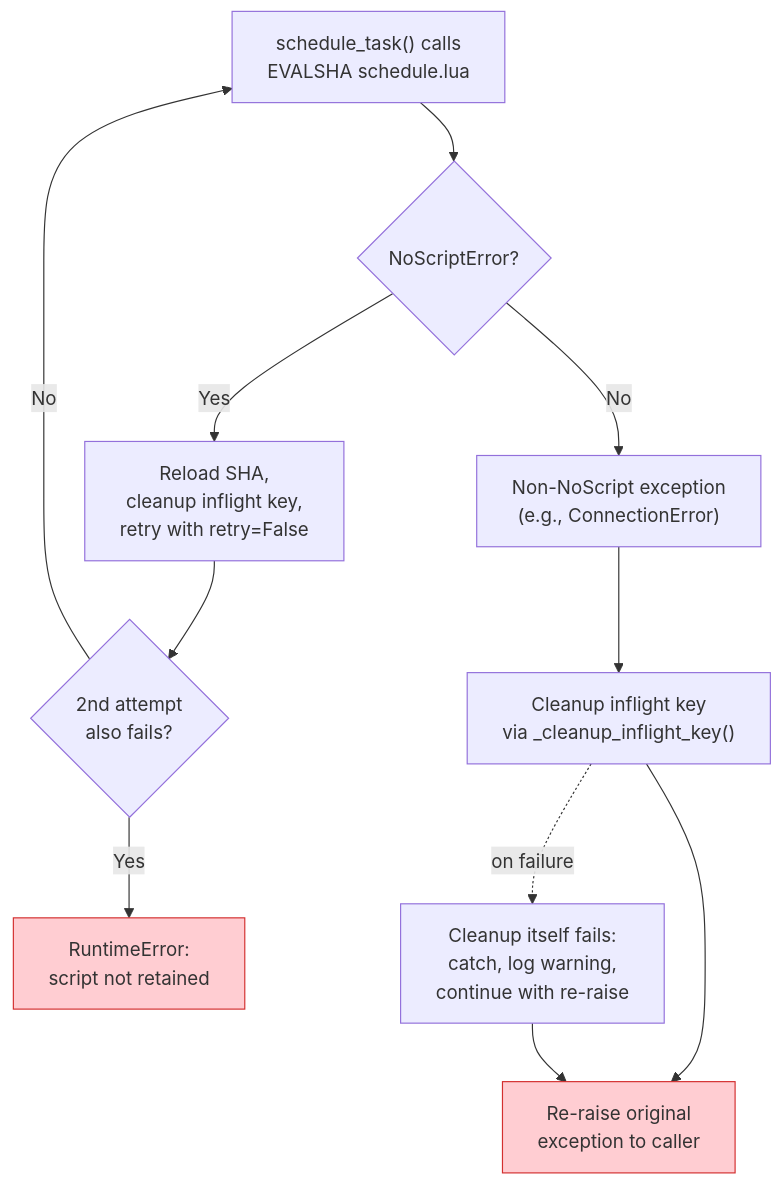
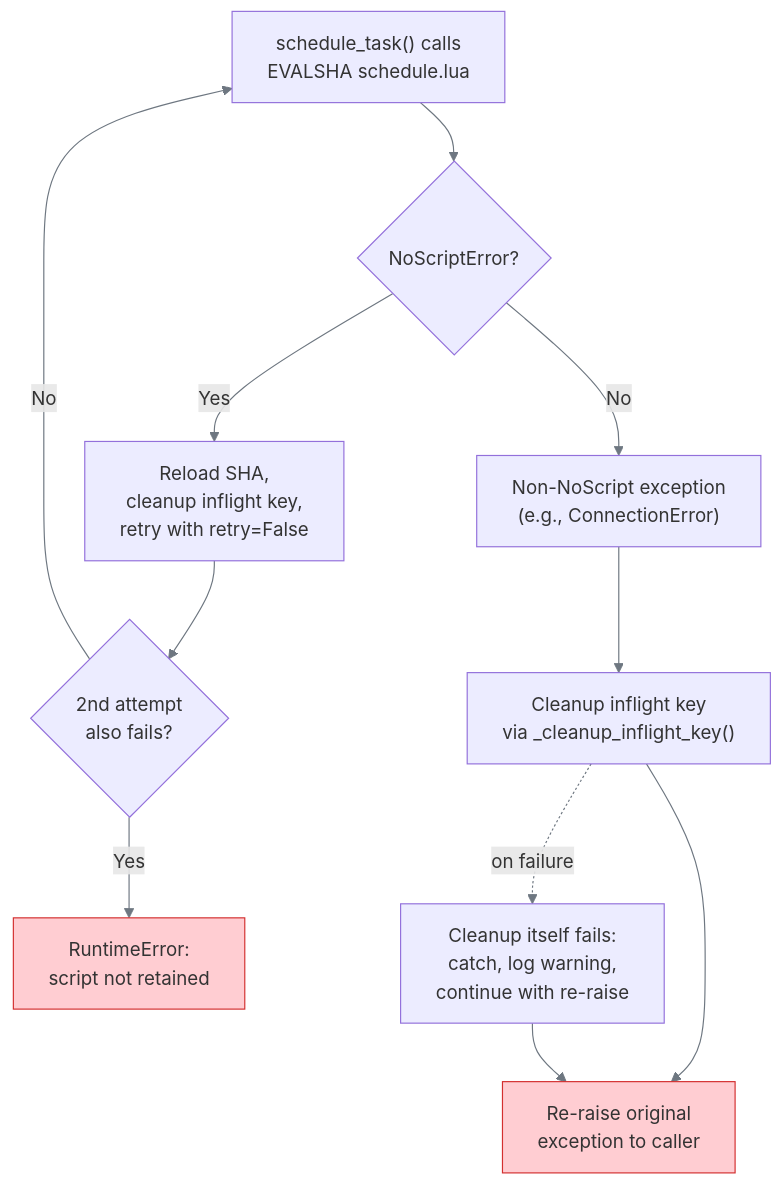
Before and after one commit to melroy999/redis-rate-limiter: the second of 5 diagrams in docs/architecture/error-handling.md, drawn with Mermaid. The commit also changed other lines of this file and 20 other files, not shown here.

Commit message:
[/async] Fixed test section dividers and line breaks + darkmode colors in mermaid diagrams.

````diff
--- a/docs/architecture/error-handling.md
+++ b/docs/architecture/error-handling.md
@@ -51,22 +52,23 @@
 ```mermaid
+%%{init: {"theme": "default", "themeVariables": {"lineColor": "#6e7781"}}}%%
 flowchart TD
-    S_EVAL["schedule_task() calls\nEVALSHA schedule.lua"]
+    S_EVAL["schedule_task() calls<br>EVALSHA schedule.lua"]
     S_NOSCRIPT{"NoScriptError?"}
-    S_RETRY["Reload SHA,\ncleanup inflight key,\nretry with retry=False"]
-    S_RETRY_FAIL{"2nd attempt\nalso fails?"}
-    S_RUNTIME["RuntimeError:\nscript not retained"]
-    S_OTHER["Non-NoScript exception\n(e.g., ConnectionError)"]
-    S_CLEANUP["Cleanup inflight key\nvia _cleanup_inflight_key()"]
-    S_RERAISE["Re-raise original\nexception to caller"]
-    S_INFLIGHT_FAIL["Cleanup itself fails:\ncatch, log warning,\ncontinue with re-raise"]
+    S_RETRY["Reload SHA,<br>cleanup inflight key,<br>retry with retry=False"]
+    S_RETRY_FAIL{"2nd attempt<br>also fails?"}
+    S_RUNTIME["RuntimeError:<br>script not retained"]
+    S_OTHER["Non-NoScript exception<br>(e.g., ConnectionError)"]
+    S_CLEANUP["Cleanup inflight key<br>via _cleanup_inflight_key()"]
+    S_RERAISE["Re-raise original<br>exception to caller"]
+    S_INFLIGHT_FAIL["Cleanup itself fails:<br>catch, log warning,<br>continue with re-raise"]
 
     S_EVAL --> S_NOSCRIPT
     S_NOSCRIPT -- "Yes" --> S_RETRY --> S_RETRY_FAIL
     S_RETRY_FAIL -- "Yes" --> S_RUNTIME
     S_RETRY_FAIL -- "No" --> S_EVAL
     S_NOSCRIPT -- "No" --> S_OTHER --> S_CLEANUP --> S_RERAISE
     S_CLEANUP -. "on failure" .-> S_INFLIGHT_FAIL --> S_RERAISE
 
     style S_RUNTIME fill:#ffcdd2,stroke:#D32F2F
     style S_RERAISE fill:#ffcdd2,stroke:#D32F2F
 ```
````
